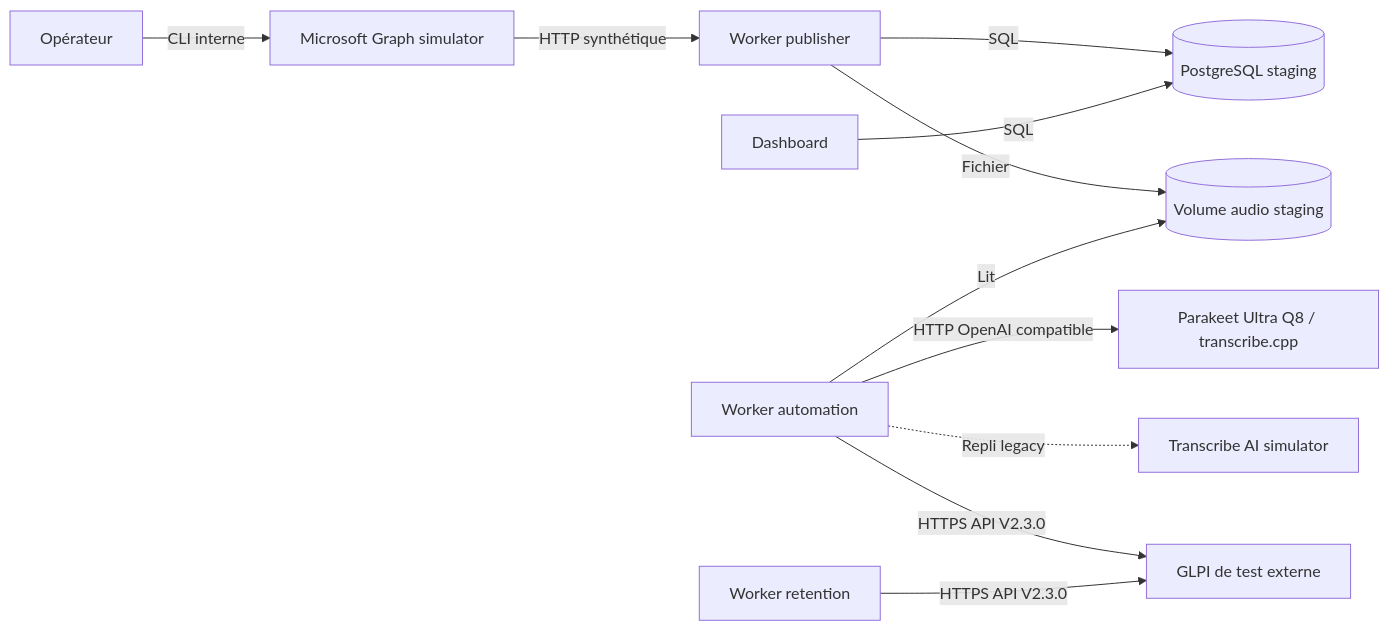
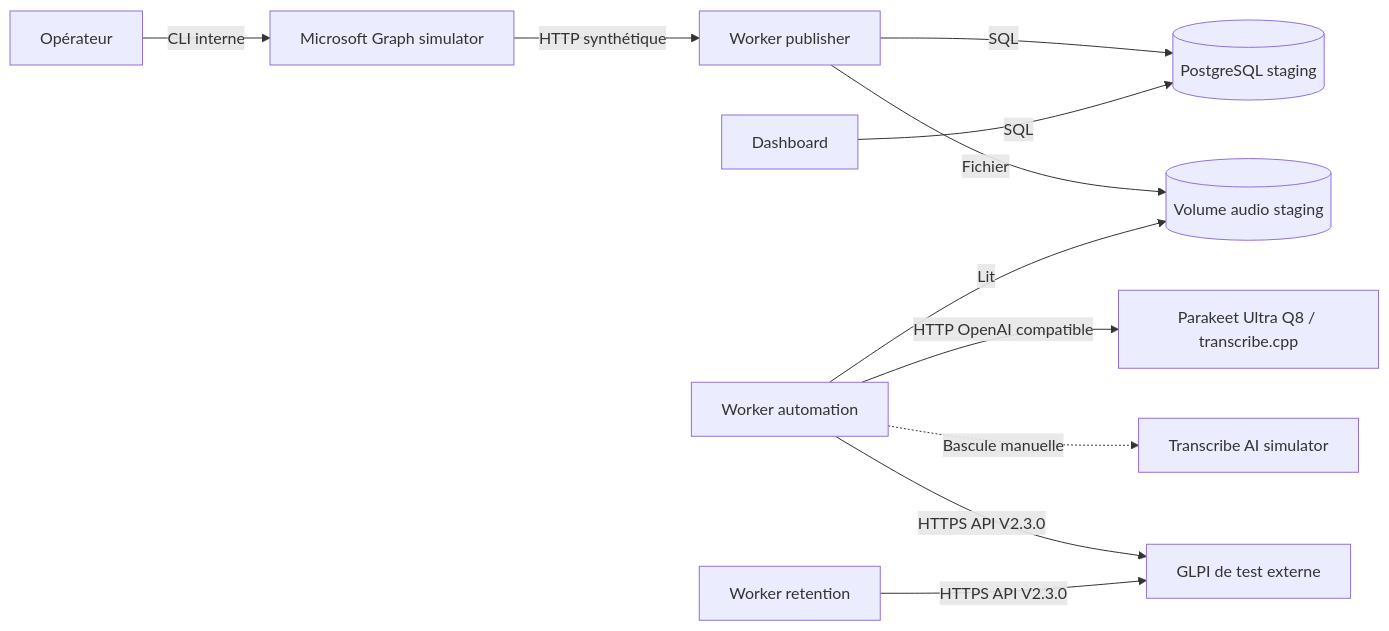
The diagram in docs/staging.md (dev-vauclaire/mevo2glpi), drawn with Mermaid before and after one commit. The commit also changed other lines of this file and 4 other files, not shown here.

````diff
--- a/docs/staging.md
+++ b/docs/staging.md
@@ -12,13 +12,13 @@
 ```mermaid
 flowchart LR
     Operator[Opérateur] -->|CLI interne| Graph[Microsoft Graph simulator]
     Graph -->|HTTP synthétique| Publisher[Worker publisher]
     Publisher -->|SQL| PostgreSQL[(PostgreSQL staging)]
     Publisher -->|Fichier| Audio[(Volume audio staging)]
     Automation[Worker automation] -->|Lit| Audio
     Automation -->|HTTP OpenAI compatible| Transcription[Parakeet Ultra Q8 / transcribe.cpp]
-    Automation -.->|Repli legacy| Transcribe[Transcribe AI simulator]
+    Automation -.->|Bascule manuelle| Transcribe[Transcribe AI simulator]
     Automation -->|HTTPS API V2.3.0| GLPI[GLPI de test externe]
     Retention[Worker retention] -->|HTTPS API V2.3.0| GLPI
     Web[Dashboard] -->|SQL| PostgreSQL
 ```
````
